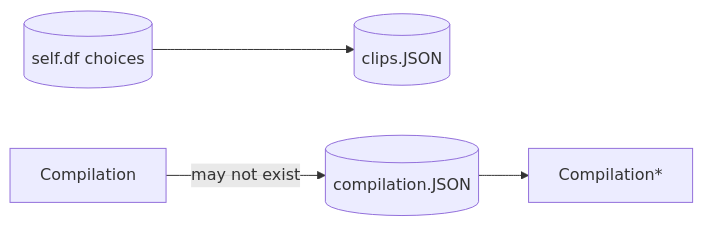
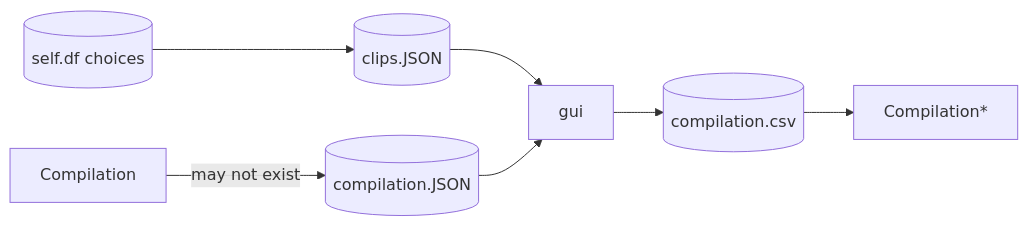
One commit to Ella36/twitch-compilation-from-cluster changed the seventh of 7 diagrams in README.md. Above: the diagram before and after it, drawn with Mermaid. The commit also changed other lines of this file, not shown here.

Commit message:
Update graphs

````diff
--- a/README.md
+++ b/README.md
@@ -202,8 +204,9 @@
 ```mermaid
 flowchart LR;
-    selfdf-->jsonclips
-    Compilation--may not exist-->jsoncompilation-->Compilation*
+    selfdf-->jsonclips-->gui
+    Compilation--may not exist-->jsoncompilation-->gui-->compilationcsv-->Compilation*
     selfdf[(self.df choices)]
     jsonclips[(clips.JSON)]
     jsoncompilation[(compilation.JSON)]
+    compilationcsv[(compilation.csv)]
 ```
````
